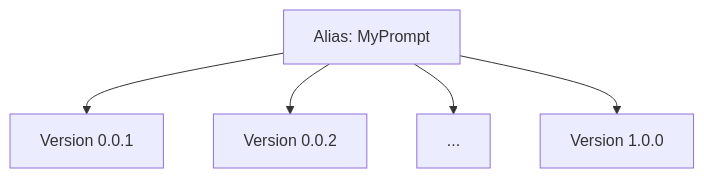
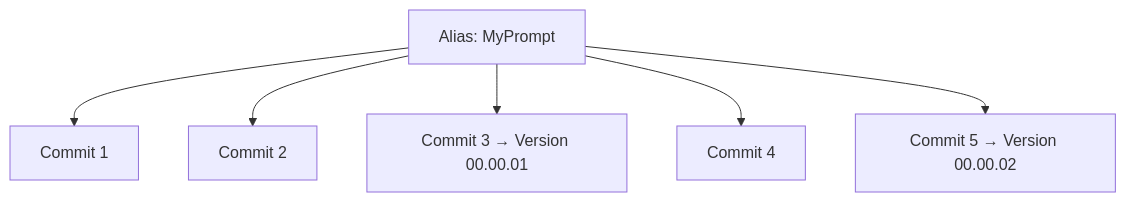
The diagram in fern/docs/pages/llm-evaluation/prompts/version-prompts.mdx (confident-ai/confident-docs), drawn with Mermaid before and after one commit. The commit also changed other lines of this file and 3 other files, not shown here.

````diff
--- a/fern/docs/pages/llm-evaluation/prompts/version-prompts.mdx
+++ b/fern/docs/pages/llm-evaluation/prompts/version-prompts.mdx
@@ -50,8 +52,9 @@
 ```mermaid
 flowchart TD
     MyPrompt["Alias: MyPrompt"]
-    MyPrompt --> V001["Version 0.0.1"]
-    MyPrompt --> V002["Version 0.0.2"]
-    MyPrompt --> V003[" ... "]
-    MyPrompt --> V100["Version 1.0.0"]
+    MyPrompt --> C1["Commit 1"]
+    MyPrompt --> C2["Commit 2"]
+    MyPrompt --> C3["Commit 3 → Version 00.00.01"]
+    MyPrompt --> C4["Commit 4"]
+    MyPrompt --> C5["Commit 5 → Version 00.00.02"]
 ```
````
